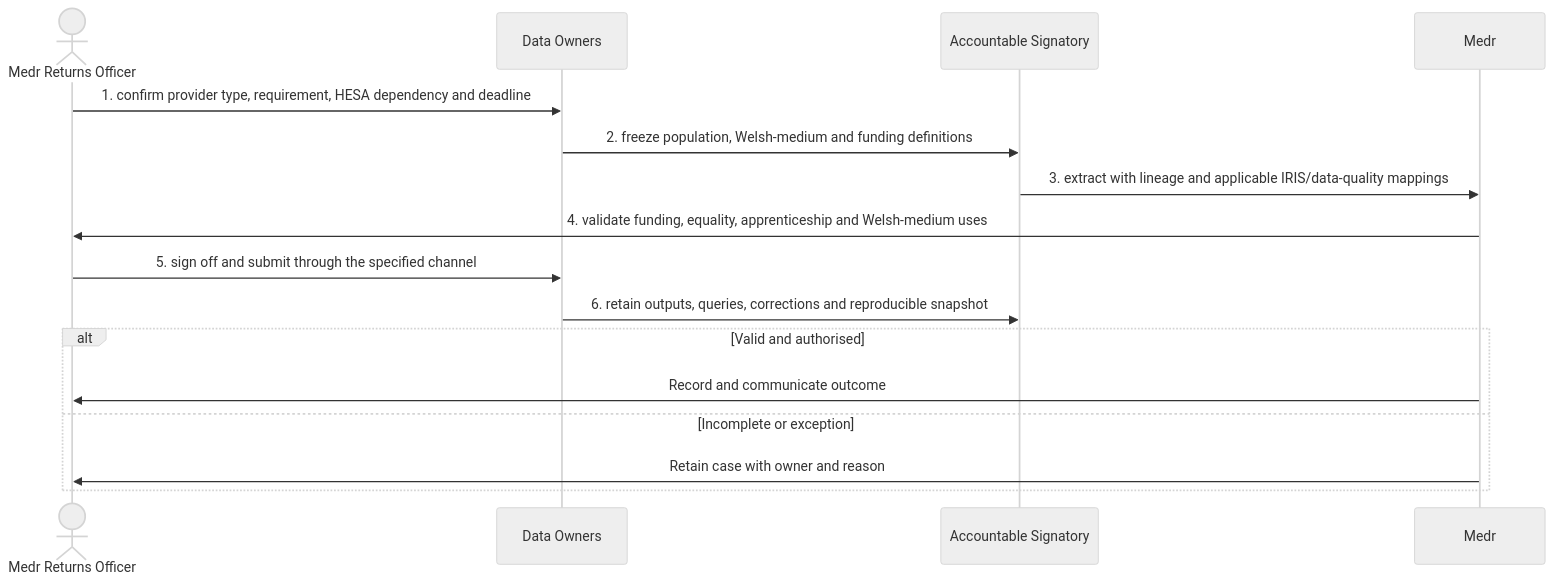
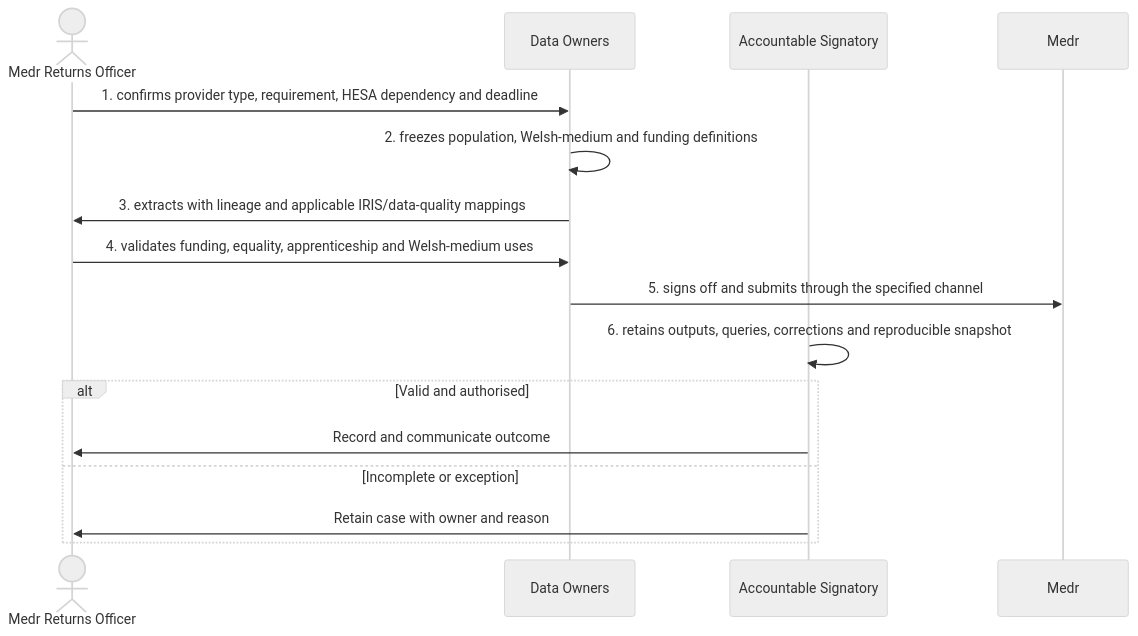
The diagram in docs/business-processes/07-regulatory-and-statutory-reporting/bp-07-006-produce-medr-regulatory-and-funding-returns.md (RevelationCore/Revelation-SRS), drawn with Mermaid (neutral theme) before and after one commit. The commit also changed other lines of this file and 96 other files, not shown here.

````diff
--- a/docs/business-processes/07-regulatory-and-statutory-reporting/bp-07-006-produce-medr-regulatory-and-funding-returns.md
+++ b/docs/business-processes/07-regulatory-and-statutory-reporting/bp-07-006-produce-medr-regulatory-and-funding-returns.md
@@ -158,18 +158,18 @@
 ```mermaid
 sequenceDiagram
     actor A1 as Medr Returns Officer
     participant A2 as Data Owners
     participant A3 as Accountable Signatory
     participant A4 as Medr
-    A1->>A2: 1. confirm provider type, requirement, HESA dependency and deadline
-    A2->>A3: 2. freeze population, Welsh-medium and funding definitions
-    A3->>A4: 3. extract with lineage and applicable IRIS/data-quality mappings
-    A4->>A1: 4. validate funding, equality, apprenticeship and Welsh-medium uses
-    A1->>A2: 5. sign off and submit through the specified channel
-    A2->>A3: 6. retain outputs, queries, corrections and reproducible snapshot
+    A1->>A2: 1. confirms provider type, requirement, HESA dependency and deadline
+    A2->>A2: 2. freezes population, Welsh-medium and funding definitions
+    A2->>A1: 3. extracts with lineage and applicable IRIS/data-quality mappings
+    A1->>A2: 4. validates funding, equality, apprenticeship and Welsh-medium uses
+    A2->>A4: 5. signs off and submits through the specified channel
+    A3->>A3: 6. retains outputs, queries, corrections and reproducible snapshot
     alt Valid and authorised
-        A4->>A1: Record and communicate outcome
+        A3->>A1: Record and communicate outcome
     else Incomplete or exception
-        A4->>A1: Retain case with owner and reason
+        A3->>A1: Retain case with owner and reason
     end
 ```
````
